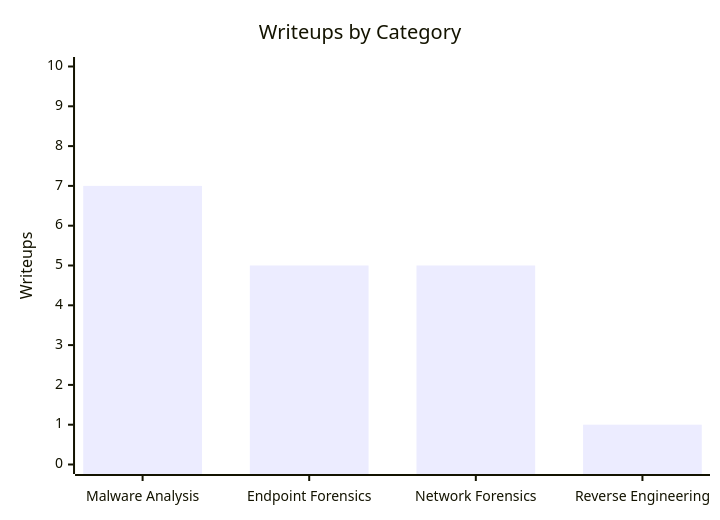
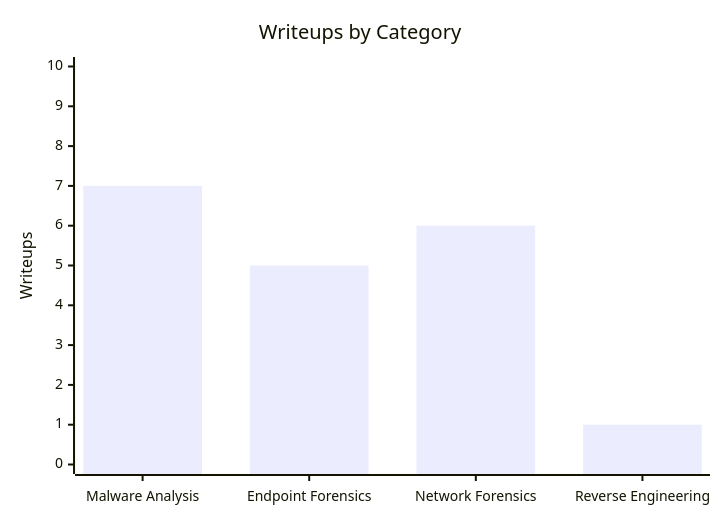
The diagram in README.md (FrancisVillalon/cyberdefender-writeups), drawn with Mermaid before and after one commit. The commit also changed other lines of this file and 21 other files, not shown here.

````diff
--- a/README.md
+++ b/README.md
@@ -7,7 +7,7 @@
 ```mermaid
 xychart-beta
     title "Writeups by Category"
     x-axis ["Malware Analysis", "Endpoint Forensics", "Network Forensics", "Reverse Engineering"]
     y-axis "Writeups" 0 --> 10
-    bar [7, 5, 5, 1]
+    bar [7, 5, 6, 1]
 ```
````
